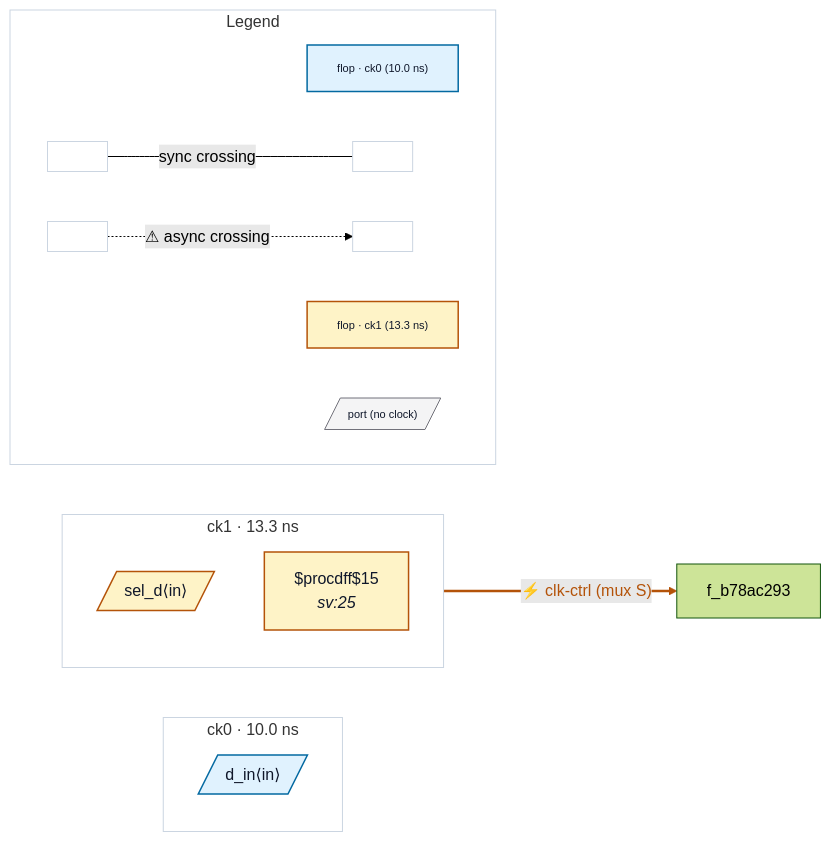
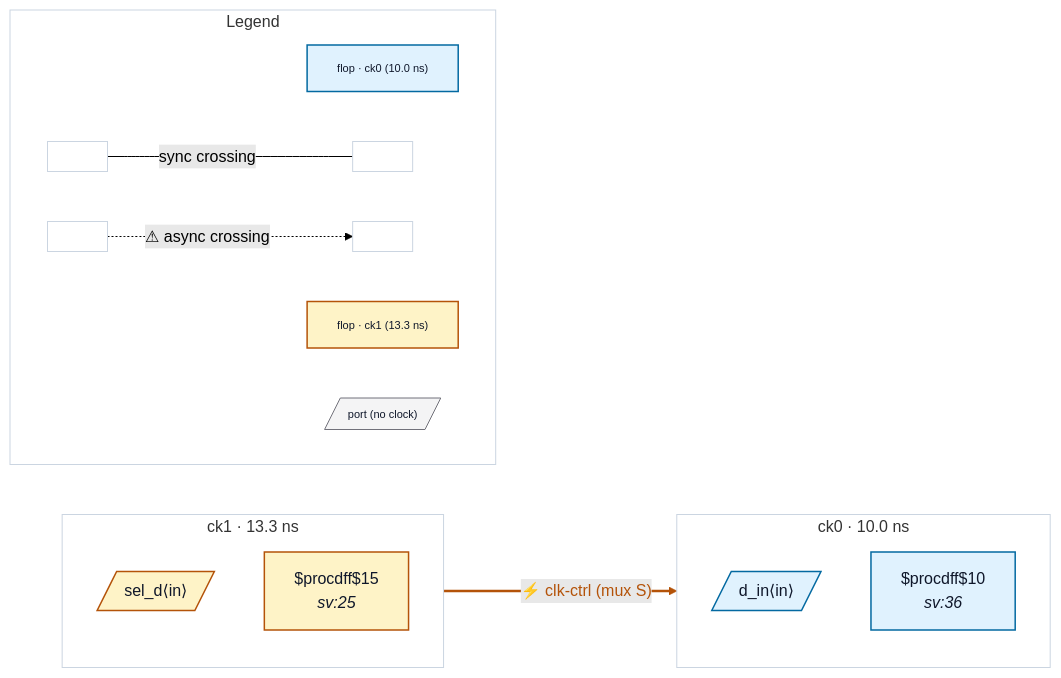
One commit to rtl-buddy/rtl-buddy-cdc changed the diagram in tests/fixtures/bad_techmap_async_clock_mux/README.md. Above: the diagram before and after it, drawn with Mermaid (forest theme). The commit also changed 30 other files, not shown here.

````diff
--- a/tests/fixtures/bad_techmap_async_clock_mux/README.md
+++ b/tests/fixtures/bad_techmap_async_clock_mux/README.md
@@ -16,41 +16,42 @@
 ```mermaid
 %% bad_techmap_async_clock_mux — generated by rtl-buddy-cdc render
 flowchart LR
   subgraph clk_ck0["ck0 · 10.0 ns"]
     direction TB
     p_in_d_in[/"d_in⟨in⟩"/]:::ckcls_ck0
+    f_b78ac293["$procdff$10<br/><i>sv:36</i>"]:::ckcls_ck0
   end
   subgraph clk_ck1["ck1 · 13.3 ns"]
     direction TB
     p_in_sel_d[/"sel_d⟨in⟩"/]:::ckcls_ck1
     f_297e88af["$procdff$15<br/><i>sv:25</i>"]:::ckcls_ck1
   end
   f_297e88af ==> |"⚡ clk-ctrl (mux S)"| f_b78ac293
   subgraph rb_legend["Legend"]
     direction LR
     lg_clk_ck0["flop · ck0 (10.0 ns)"]:::ckcls_ck0
     lg_clk_ck1["flop · ck1 (13.3 ns)"]:::ckcls_ck1
     lg_port[/"port (no clock)"/]:::port_unassigned
     lg_sync_a[" "]:::ckcls_legend_neutral
     lg_sync_b[" "]:::ckcls_legend_neutral
     lg_async_a[" "]:::ckcls_legend_neutral
     lg_async_b[" "]:::ckcls_legend_neutral
     lg_sync_a --- |"sync crossing"| lg_sync_b
     lg_async_a -. "⚠ async crossing" .-> lg_async_b
   end
   style clk_ck0 fill:none,stroke:#cbd5e1
   style clk_ck1 fill:none,stroke:#cbd5e1
   style rb_legend fill:none,stroke:#cbd5e1
   style lg_clk_ck0 font-size:11px
   style lg_clk_ck1 font-size:11px
   style lg_port font-size:11px
   style lg_sync_a font-size:11px
   style lg_sync_b font-size:11px
   style lg_async_a font-size:11px
   style lg_async_b font-size:11px
   linkStyle 0 stroke:#b45309,stroke-width:2.5px,color:#b45309
   classDef ckcls_ck0 fill:#e0f2fe,stroke:#0369a1,stroke-width:1.5px,color:#0f172a
   classDef ckcls_ck1 fill:#fef3c7,stroke:#b45309,stroke-width:1.5px,color:#0f172a
   classDef port_unassigned fill:#f4f4f5,stroke:#71717a,color:#0f172a
   classDef ckcls_legend_neutral fill:#ffffff,stroke:#cbd5e1,stroke-width:1px,color:#0f172a
 ```
````
